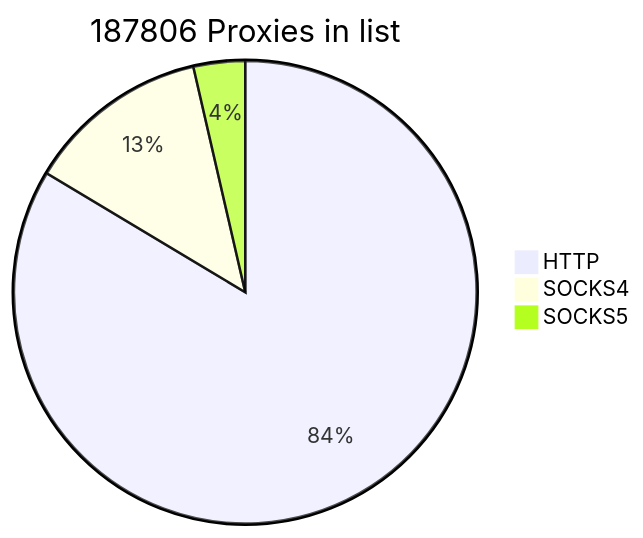
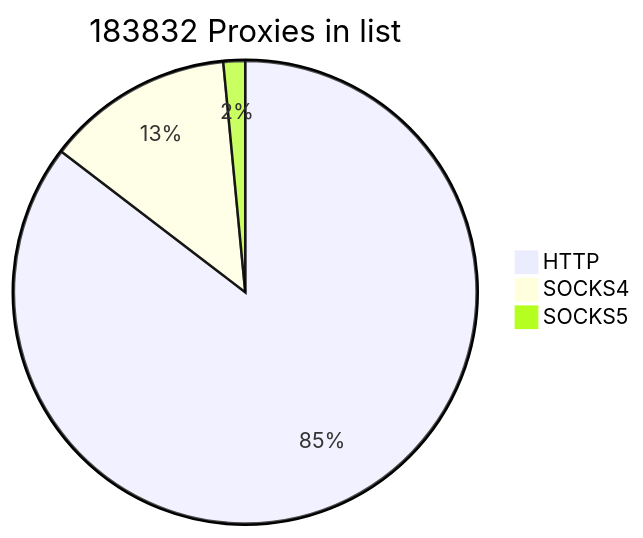
One commit to cutipu/proxylist changed the first of 2 diagrams in README.md. Above: the diagram before and after it, drawn with Mermaid. The commit also changed other lines of this file, not shown here.

````diff
--- a/README.md
+++ b/README.md
@@ -2,7 +2,7 @@
 ```mermaid
-pie title 187806 Proxies in list
+pie title 183832 Proxies in list
     "HTTP" : 156991
-    "SOCKS4" : 24049
-    "SOCKS5" : 6766
+    "SOCKS4" : 24048
+    "SOCKS5" : 2793
             
 ```
````
